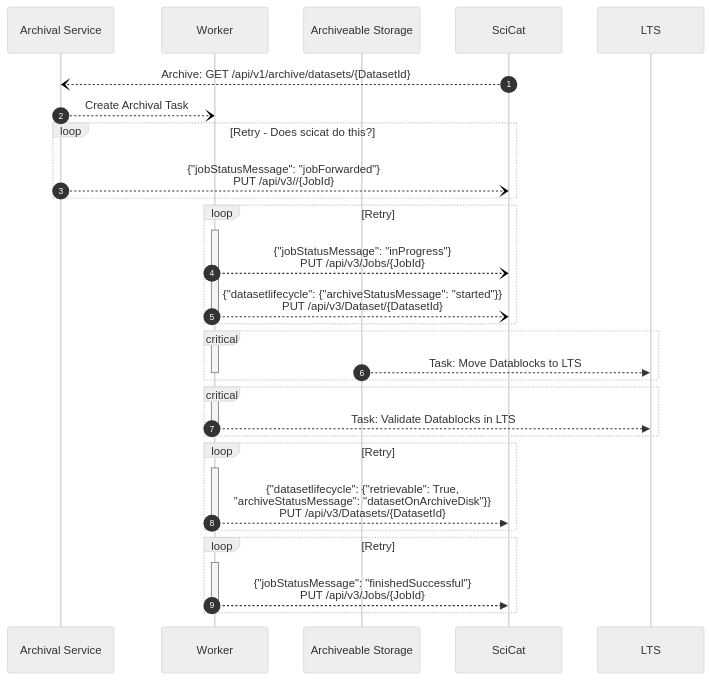
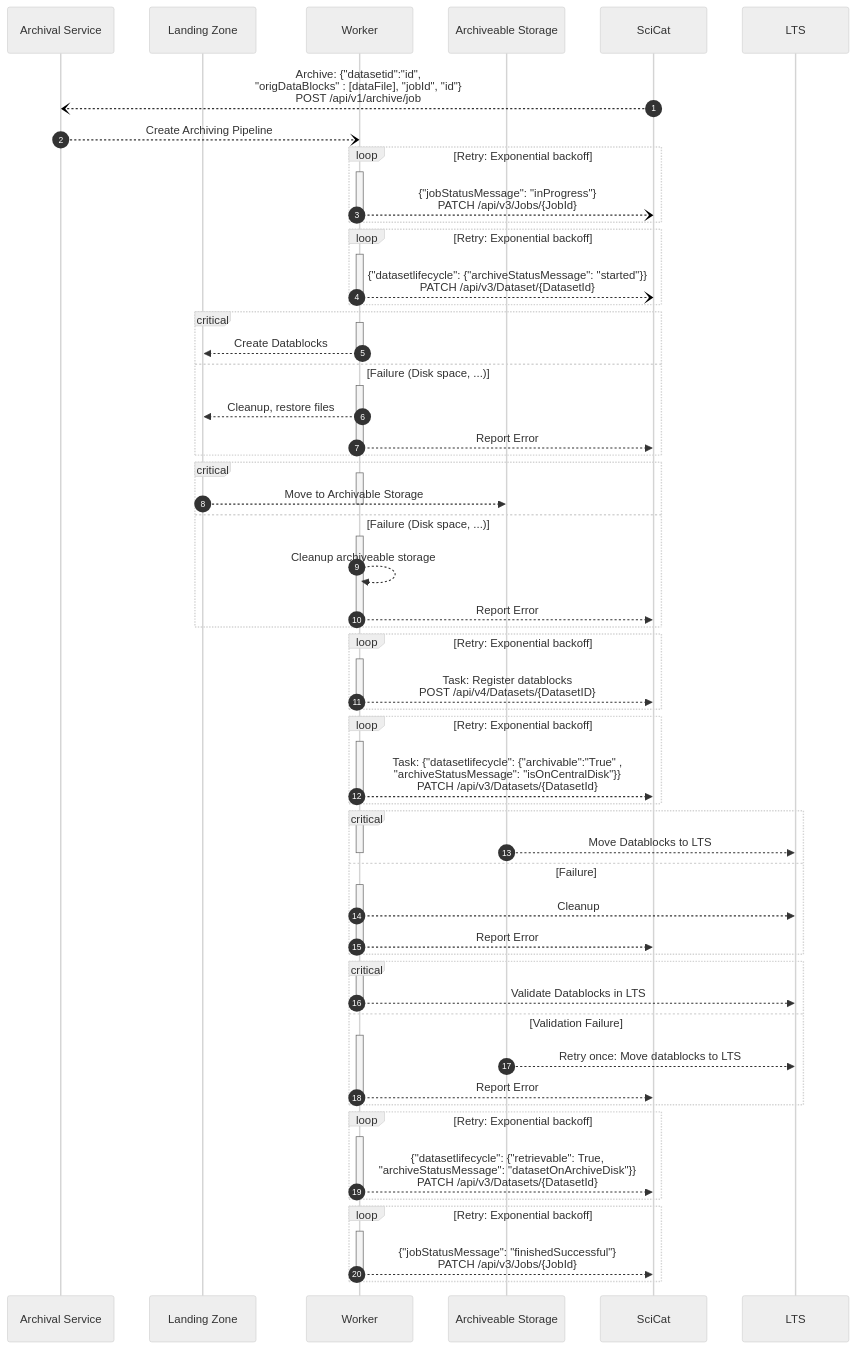
One commit to SwissOpenEM/ScopeMArchiver changed the second of 3 diagrams in backend/archiver/readMe.md. Above: the diagram before and after it, drawn with Mermaid (neutral theme). The commit also changed other lines of this file, not shown here.

Commit message:
ReadMe.md: Update archiving task

````diff
--- a/backend/archiver/readMe.md
+++ b/backend/archiver/readMe.md
@@ -81,40 +47,84 @@
 sequenceDiagram
   autonumber
   participant AS as Archival Service
+  participant L as Landing Zone
   participant J as Worker
   participant A as Archiveable Storage
   participant S as SciCat
   participant LTS as LTS
 
-  S --) AS: Archive: GET /api/v1/archive/datasets/{DatasetId}
-  AS --) J: Create Archival Task
-  loop Retry - Does scicat do this?
-      AS --) S: {"jobStatusMessage": "jobForwarded"}   <br> PUT /api/v3//{JobId}
+  S --) AS: Archive: {"datasetid":"id", <br> "origDataBlocks" : [dataFile], "jobId", "id"}<br> POST /api/v1/archive/job
+  
+   AS --) J: Create Archiving Pipeline
+  loop Retry: Exponential backoff
+    activate J
+      J --) S: {"jobStatusMessage": "inProgress"}   <br> PATCH /api/v3/Jobs/{JobId}
+    deactivate J
   end
-  loop Retry
+  loop Retry: Exponential backoff
     activate J
-      J --) S: {"jobStatusMessage": "inProgress"}   <br> PUT /api/v3/Jobs/{JobId}
-      J --) S: {"datasetlifecycle": {"archiveStatusMessage": "started"}}   <br> PUT /api/v3/Dataset/{DatasetId}
+      J --) S: {"datasetlifecycle": {"archiveStatusMessage": "started"}}   <br> PATCH /api/v3/Dataset/{DatasetId}
+    deactivate J
+  end
+  critical 
+    activate J
+    J -->> L:  Create Datablocks
+    deactivate J
+  option Failure (Disk space, ...)
+    activate J
+    J -->> L: Cleanup, restore files
+    J -->> S: Report Error
     deactivate J
   end
   critical
     activate J
-    A -->> LTS: Task: Move Datablocks to LTS
+    L -->> A: Move to Archivable Storage
+    deactivate J
+  option Failure (Disk space, ...)
+    activate J
+    J -->> J: Cleanup archiveable storage
+    J -->> S: Report Error
+    deactivate J
+  end
+  loop Retry: Exponential backoff
+    activate J
+    J -->> S: Task: Register datablocks <br> POST /api/v4/Datasets/{DatasetID}
+    deactivate J
+  end
+  loop Retry: Exponential backoff
+    activate J
+    J -->> S: Task: {"datasetlifecycle": {"archivable":"True" , <br> "archiveStatusMessage": "isOnCentralDisk"}} <br> PATCH /api/v3/Datasets/{DatasetId}
+    deactivate J
+  end 
+  
+  critical
+    activate J
+    A -->> LTS: Move Datablocks to LTS
+    deactivate J
+  option Failure
+    activate J
+    J -->> LTS: Cleanup
+    J -->> S: Report Error
     deactivate J
   end
   critical 
     activate J
-    J -->> LTS: Task: Validate Datablocks in LTS
+    J -->> LTS:  Validate Datablocks in LTS
+    deactivate J
+  option Validation Failure
+    activate J
+    A -->> LTS: Retry once: Move datablocks to LTS
+    J -->> S: Report Error
     deactivate J
   end
-  loop Retry
+  loop Retry: Exponential backoff
     activate J
-    J -->> S: {"datasetlifecycle": {"retrievable": True, <br> "archiveStatusMessage": "datasetOnArchiveDisk"}} <br> PUT /api/v3/Datasets/{DatasetId}
+    J -->> S: {"datasetlifecycle": {"retrievable": True, <br> "archiveStatusMessage": "datasetOnArchiveDisk"}} <br> PATCH /api/v3/Datasets/{DatasetId}
     deactivate J
   end 
-  loop Retry
+  loop Retry: Exponential backoff
     activate J
-    J -->> S: {"jobStatusMessage": "finishedSuccessful"} <br>PUT /api/v3/Jobs/{JobId}
+    J -->> S: {"jobStatusMessage": "finishedSuccessful"} <br>PATCH /api/v3/Jobs/{JobId}
     deactivate J
   end 
 ```
````
